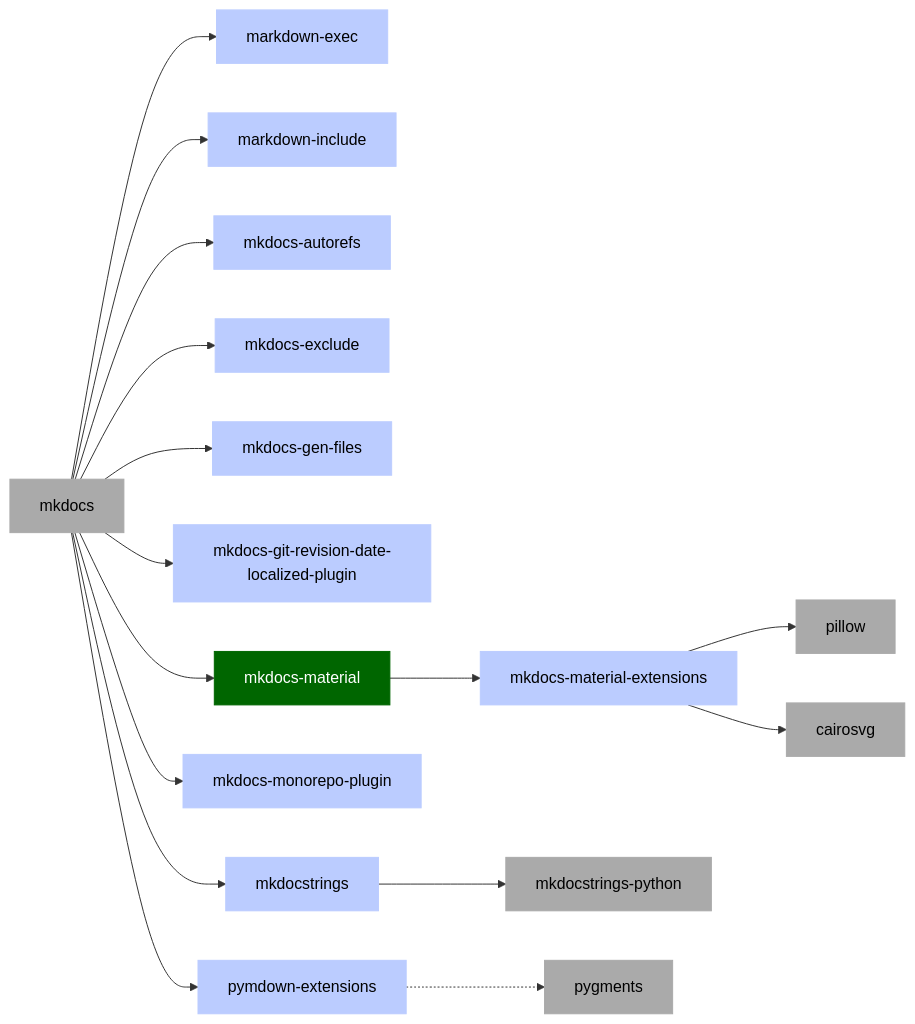
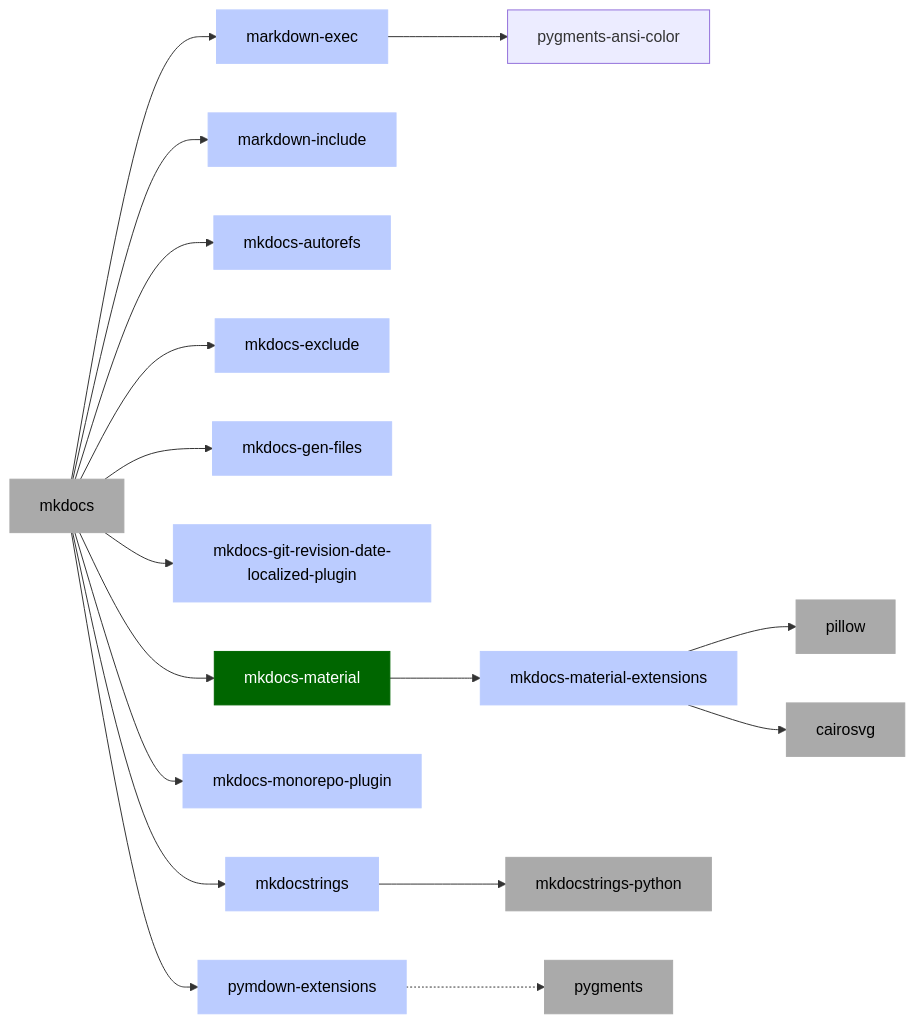
Before and after one commit to 42picky/42picky.github.io: the diagram in docs/stories/from-sphinx-to-mkdocs.md, drawn with Mermaid. The commit also changed other lines of this file and 7 other files, not shown here.

Commit message:
Document use on ANSI with mkdocs (#10)

````diff
--- a/docs/stories/from-sphinx-to-mkdocs.md
+++ b/docs/stories/from-sphinx-to-mkdocs.md
@@ -36,51 +36,51 @@
 ```mermaid
 graph LR;
 
 classDef theme fill:#060,stroke:#060,color:#fff;
 classDef plugin fill:#BCF,stroke:#BCF,color:#000;
 classDef package fill:#AAA,stroke:#AAA,color:#000;
 
 
-mkdocs --> markdown-exec;
+mkdocs --> markdown-exec --> pygments-ansi-color;
 mkdocs --> markdown-include;
 mkdocs --> mkdocs-autorefs;
 mkdocs --> mkdocs-exclude;
 mkdocs --> mkdocs-gen-files;
 mkdocs --> mkdocs-git-revision-date-localized-plugin;
 mkdocs --> mkdocs-material;
 mkdocs --> mkdocs-monorepo-plugin;
 mkdocs --> mkdocstrings;
 mkdocs --> pymdown-extensions;
 mkdocs-material --> mkdocs-material-extensions;
 mkdocstrings --> mkdocstrings-python;
 
 mkdocs-material-extensions --> pillow;
 mkdocs-material-extensions --> cairosvg;
 pymdown-extensions -.-> pygments;
 
 pillow:::package;
 cairosvg:::package;
 mkdocstrings-python:::package;
 markdown-exec:::plugin;
 markdown-include:::plugin;
 mkdocs-autorefs:::plugin;
 mkdocs-exclude:::plugin;
 mkdocs-gen-files:::plugin;
 mkdocs-git-revision-date-localized-plugin:::plugin;
 mkdocs-monorepo-plugin:::plugin;
 mkdocs:::package;
 mkdocstrings:::plugin;
 mkdocs-material:::theme;
 pygments:::package;
 mkdocs-material-extensions:::plugin;
 pymdown-extensions:::plugin;
 
 
 click mkdocs href "https://www.mkdocs.org/";
 click mkdocs-material href "https://squidfunk.github.io/mkdocs-material/";
 click markdown-exec href "https://github.com/pawamoy/markdown-exec";
 click mkdocstrings href "https://mkdocstrings.github.io/";
 click mkdocs-exclude href "https://github.com/apenwarr/mkdocs-exclude";
 click markdown-include href "https://pypi.org/project/markdown-include/";
 click pymdown-extensions href "https://facelessuser.github.io/pymdown-extensions/";
 ```
````
